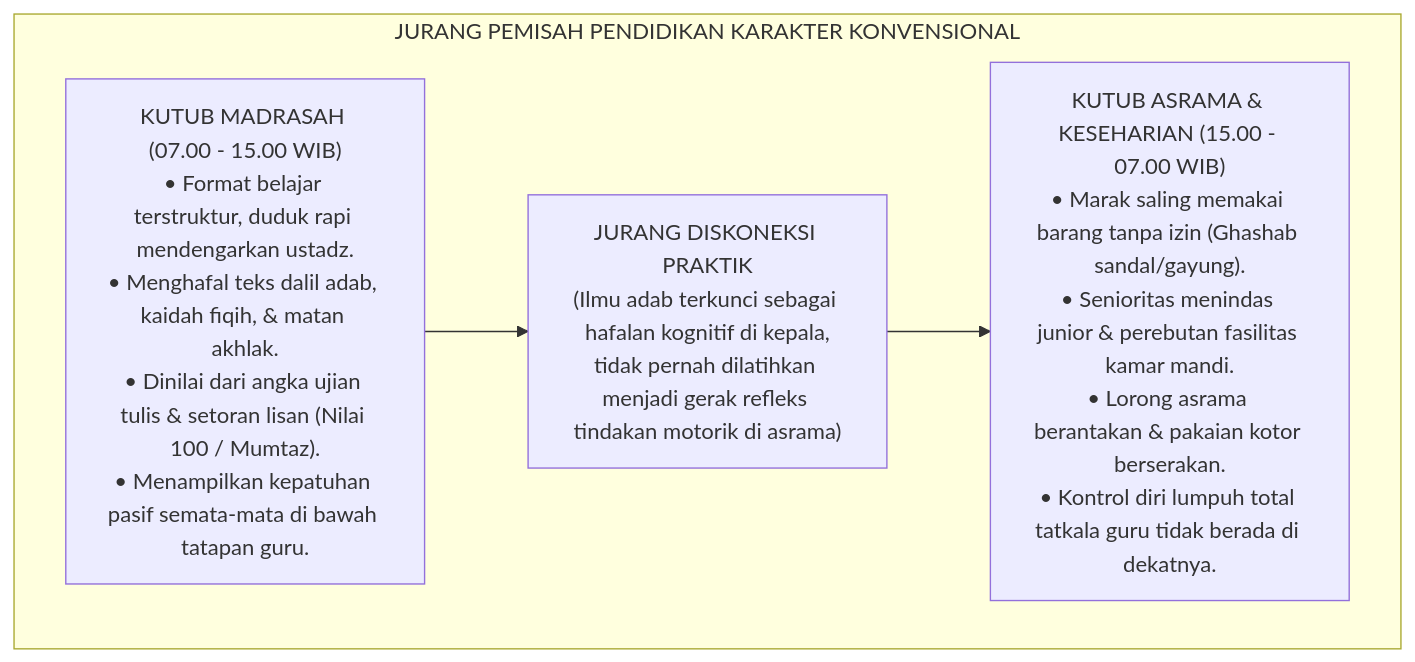
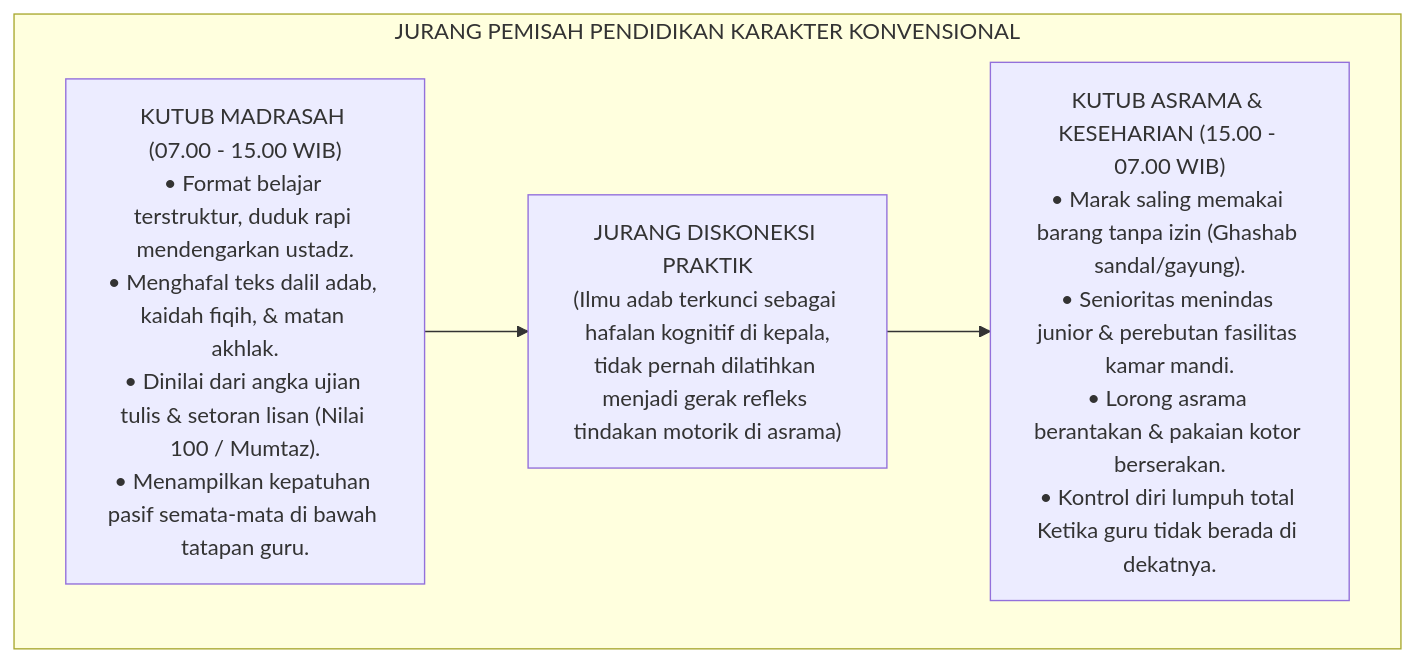
One commit to wandiapriliyandi/tumbuh changed the second of 6 diagrams in BOOK-SERIES/Volume-01/Bab-01-Krisis-Karakter-dan-Urgensi-Rekonstruksi/01-Anomali-Pendidikan-Karakter-Tradisional.md. Above: the diagram before and after it, drawn with Mermaid. The commit also changed other lines of this file and 26 other files, not shown here.

Commit message:
style(refactor): ganti seluruh kata tatkala menjadi ketika di seluruh berkas buku dan monograf

````diff
--- a/BOOK-SERIES/Volume-01/Bab-01-Krisis-Karakter-dan-Urgensi-Rekonstruksi/01-Anomali-Pendidikan-Karakter-Tradisional.md
+++ b/BOOK-SERIES/Volume-01/Bab-01-Krisis-Karakter-dan-Urgensi-Rekonstruksi/01-Anomali-Pendidikan-Karakter-Tradisional.md
@@ -51,12 +51,12 @@
 ```mermaid
 graph TD
     subgraph Kontras["JURANG PEMISAH PENDIDIKAN KARAKTER KONVENSIONAL"]
         RuangKelas["KUTUB MADRASAH (07.00 - 15.00 WIB)<br/>• Format belajar terstruktur, duduk rapi mendengarkan ustadz.<br/>• Menghafal teks dalil adab, kaidah fiqih, & matan akhlak.<br/>• Dinilai dari angka ujian tulis & setoran lisan (Nilai 100 / Mumtaz).<br/>• Menampilkan kepatuhan pasif semata-mata di bawah tatapan guru."]
         
         Jurang["JURANG DISKONEKSI PRAKTIK<br/>(Ilmu adab terkunci sebagai hafalan kognitif di kepala,<br/>tidak pernah dilatihkan menjadi gerak refleks tindakan motorik di asrama)"]
         
-        RuangAsrama["KUTUB ASRAMA & KESEHARIAN (15.00 - 07.00 WIB)<br/>• Marak saling memakai barang tanpa izin (Ghashab sandal/gayung).<br/>• Senioritas menindas junior & perebutan fasilitas kamar mandi.<br/>• Lorong asrama berantakan & pakaian kotor berserakan.<br/>• Kontrol diri lumpuh total tatkala guru tidak berada di dekatnya."]
+        RuangAsrama["KUTUB ASRAMA & KESEHARIAN (15.00 - 07.00 WIB)<br/>• Marak saling memakai barang tanpa izin (Ghashab sandal/gayung).<br/>• Senioritas menindas junior & perebutan fasilitas kamar mandi.<br/>• Lorong asrama berantakan & pakaian kotor berserakan.<br/>• Kontrol diri lumpuh total Ketika guru tidak berada di dekatnya."]
         
         RuangKelas --> Jurang --> RuangAsrama
     end
 ```
````
